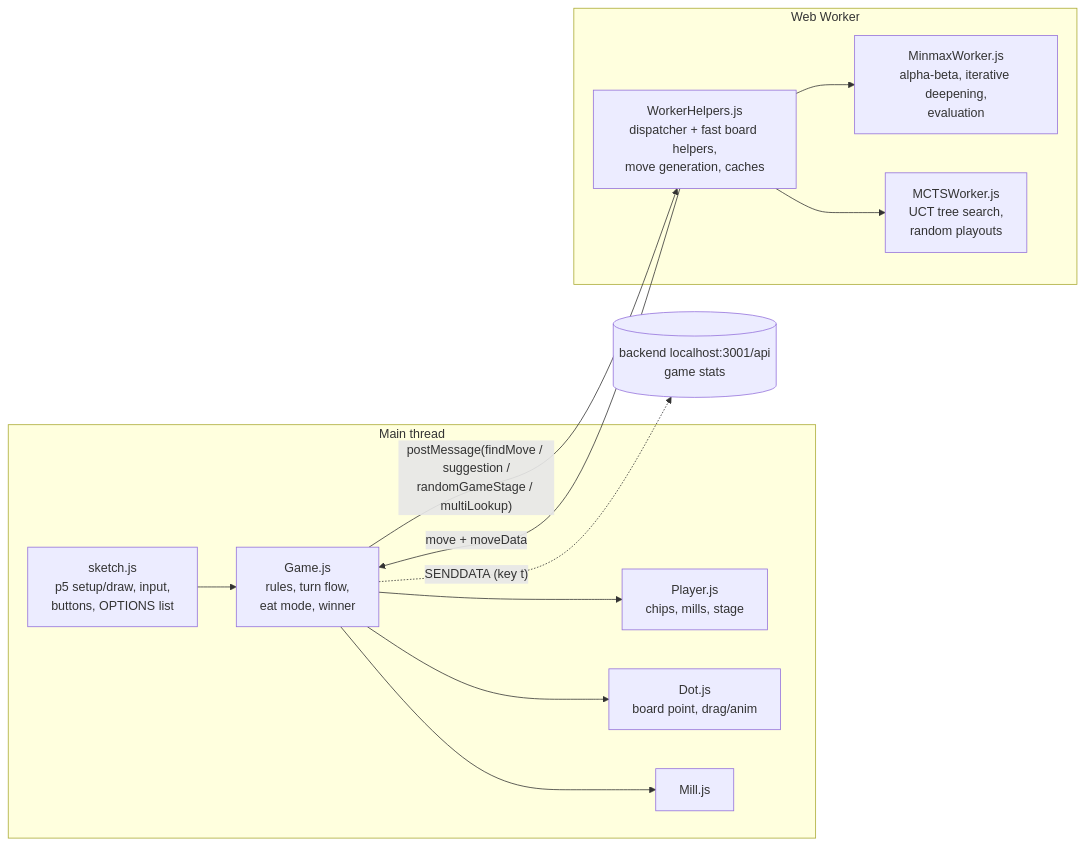
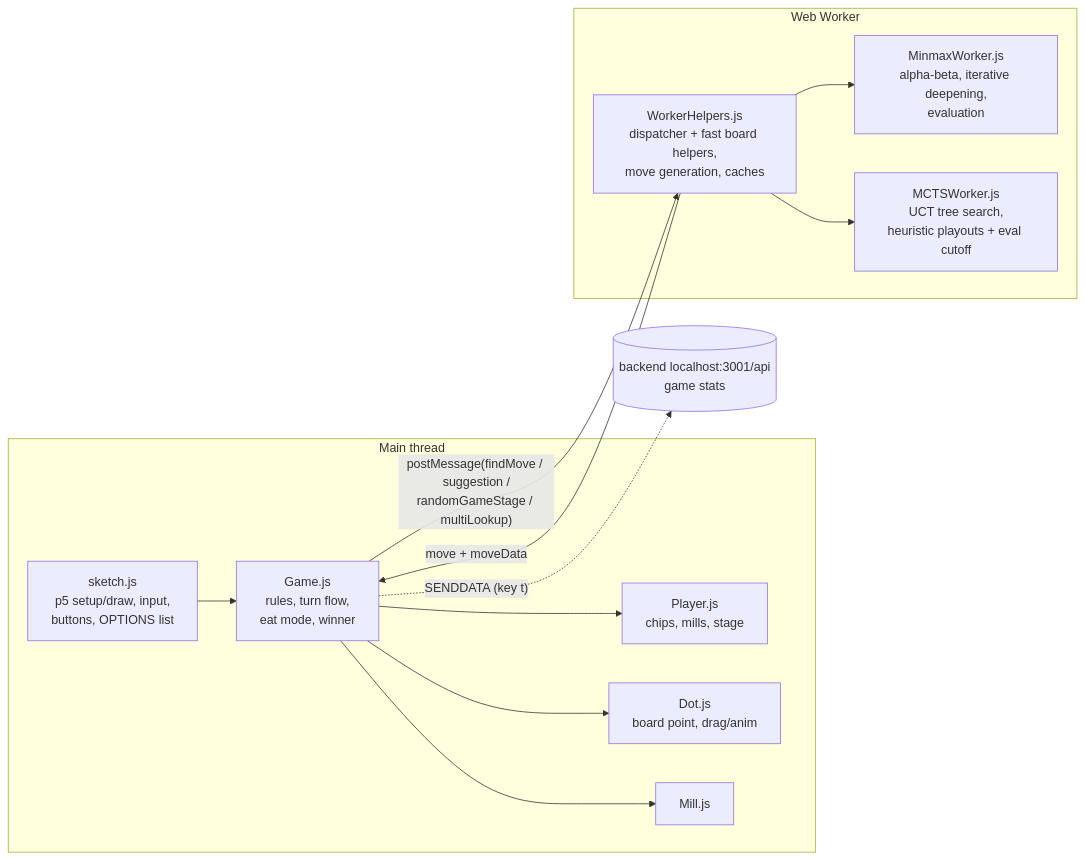
The diagram in Mills/OVERVIEW.md (Jukkakot/Jukkakot.github.io), drawn with Mermaid before and after one commit. The commit also changed other lines of this file and 19 other files, not shown here.

````diff
--- a/Mills/OVERVIEW.md
+++ b/Mills/OVERVIEW.md
@@ -6,16 +6,16 @@
 ```mermaid
 flowchart LR
     subgraph Main thread
         S[sketch.js<br/>p5 setup/draw, input,<br/>buttons, OPTIONS list] --> G[Game.js<br/>rules, turn flow,<br/>eat mode, winner]
         G --> P[Player.js<br/>chips, mills, stage]
         G --> D[Dot.js<br/>board point, drag/anim]
         G --> M[Mill.js]
     end
     G -- "postMessage(findMove / suggestion /<br/>randomGameStage / multiLookup)" --> WH
     subgraph Web Worker
         WH[WorkerHelpers.js<br/>dispatcher + fast board helpers,<br/>move generation, caches] --> MM[MinmaxWorker.js<br/>alpha-beta, iterative deepening,<br/>evaluation]
-        WH --> MC[MCTSWorker.js<br/>UCT tree search,<br/>random playouts]
+        WH --> MC[MCTSWorker.js<br/>UCT tree search,<br/>heuristic playouts + eval cutoff]
     end
     WH -- "move + moveData" --> G
     G -. "SENDDATA (key t)" .-> B[(backend localhost:3001/api<br/>game stats)]
 ```
````
